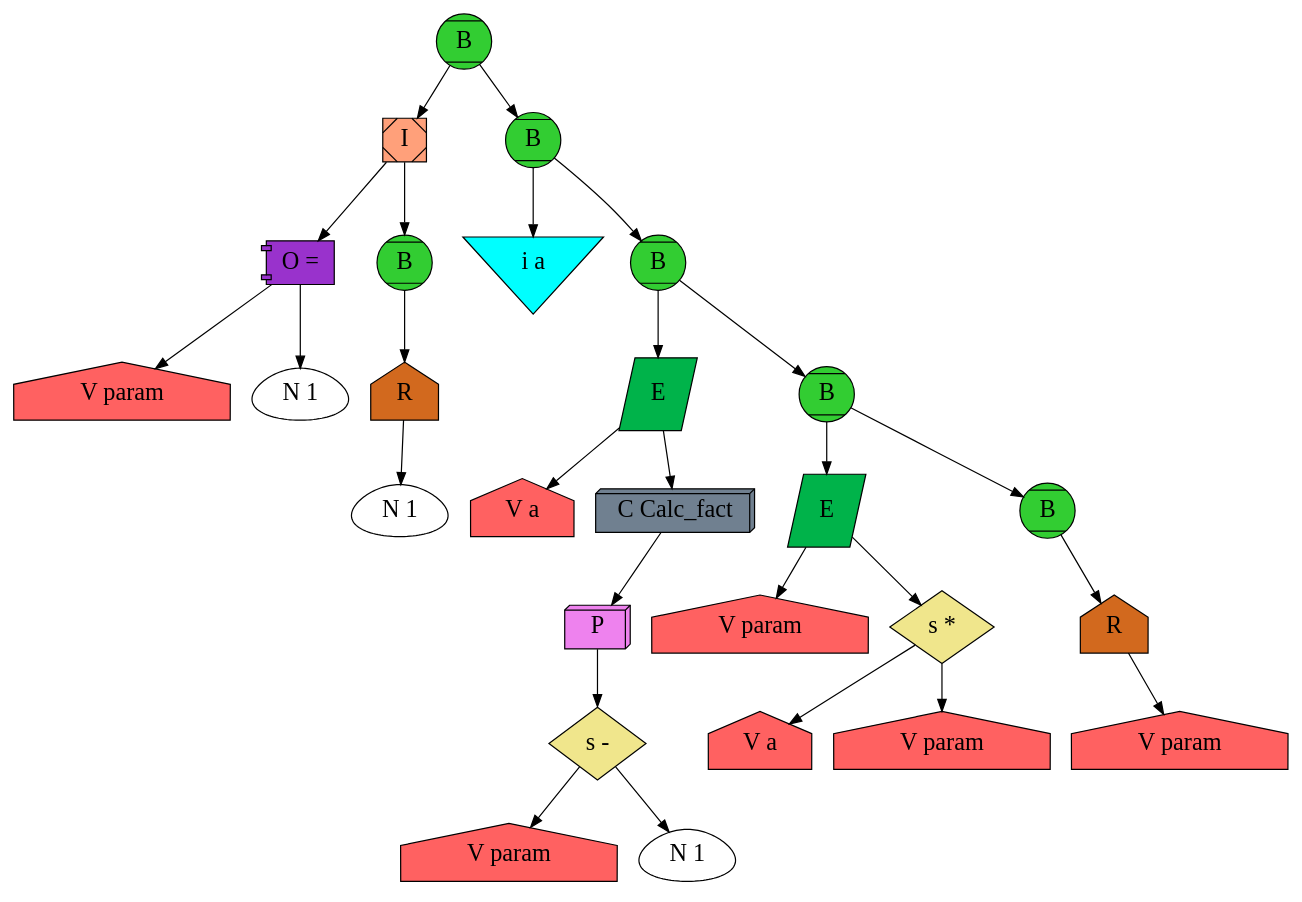
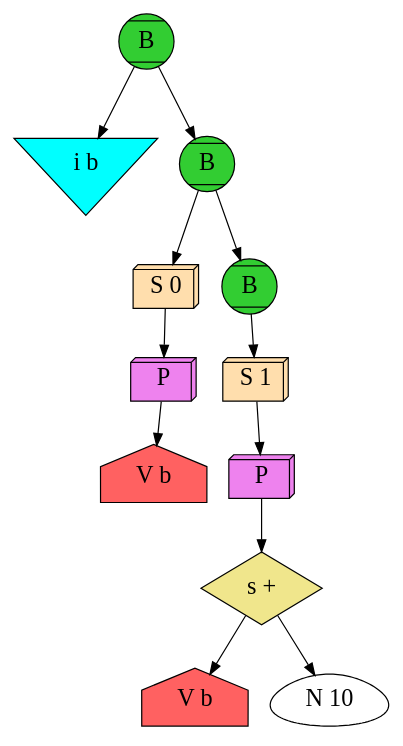
Before and after one commit to Arv1k/2_sem: the diagram in binary_trans/backend/dott.dot, drawn with Graphviz. The commit also changed 30 other files, not shown here.

```diff
--- a/binary_trans/backend/dott.dot
+++ b/binary_trans/backend/dott.dot
@@ -1,57 +1,27 @@
 digraph {
 	node[color = "#000000", fontsize = 20];
 	edge[color = "#000000", fontsize = 20];
-		hey15[label = "B", shape = "Mcircle", color="#000000", style="filled", fillcolor = "#32CD32"];
-		hey15->hey16;
-		hey16[label = "I", shape = "Msquare", color="#000000", style="filled", fillcolor = "#FFA07A"];
-		hey16->hey17;
-		hey17[label = "O =", shape = "component", color="#000000", style="filled", fillcolor = "#9932CC"];
-		hey17->hey18;
-		hey18[label = "V param", shape = "house", color="#000000", style="filled", fillcolor = "#ff6161"];
-		hey17->hey19;
-		hey19[label = "N 1", shape = "egg", color="#000000", style="filled", fillcolor = "#FFFFFF"];
-		hey16->hey20;
-		hey20[label = "B", shape = "Mcircle", color="#000000", style="filled", fillcolor = "#32CD32"];
-		hey20->hey21;
-		hey21[label = "R", shape = "house", color="#000000", style="filled", fillcolor = "#D2691E"];
-		hey21->hey22;
-		hey22[label = "N 1", shape = "egg", color="#000000", style="filled", fillcolor = "#FFFFFF"];
-		hey15->hey23;
-		hey23[label = "B", shape = "Mcircle", color="#000000", style="filled", fillcolor = "#32CD32"];
-		hey23->hey24;
-		hey24[label = "i a", shape = "invtriangle", color="#000000", style="filled", fillcolor = "#00FFFF"];
-		hey23->hey25;
-		hey25[label = "B", shape = "Mcircle", color="#000000", style="filled", fillcolor = "#32CD32"];
-		hey25->hey26;
-		hey26[label = "E", shape = "parallelogram", color="#000000", style="filled", fillcolor = "#00b34a"];
-		hey26->hey27;
-		hey27[label = "V a", shape = "house", color="#000000", style="filled", fillcolor = "#ff6161"];
-		hey26->hey28;
-		hey28[label = "C Calc_fact", shape = "box3d", color="#000000", style="filled", fillcolor = "#708090"];
-		hey28->hey29;
-		hey29[label = "P", shape = "box3d", color="#000000", style="filled", fillcolor = "#EE82EE"];
-		hey29->hey30;
-		hey30[label = "s -", shape = "diamond", color="#000000", style="filled", fillcolor = "#F0E68C"];
-		hey30->hey31;
-		hey31[label = "V param", shape = "house", color="#000000", style="filled", fillcolor = "#ff6161"];
-		hey30->hey32;
-		hey32[label = "N 1", shape = "egg", color="#000000", style="filled", fillcolor = "#FFFFFF"];
-		hey25->hey33;
-		hey33[label = "B", shape = "Mcircle", color="#000000", style="filled", fillcolor = "#32CD32"];
-		hey33->hey34;
-		hey34[label = "E", shape = "parallelogram", color="#000000", style="filled", fillcolor = "#00b34a"];
-		hey34->hey35;
-		hey35[label = "V param", shape = "house", color="#000000", style="filled", fillcolor = "#ff6161"];
-		hey34->hey36;
-		hey36[label = "s *", shape = "diamond", color="#000000", style="filled", fillcolor = "#F0E68C"];
-		hey36->hey37;
-		hey37[label = "V a", shape = "house", color="#000000", style="filled", fillcolor = "#ff6161"];
-		hey36->hey38;
-		hey38[label = "V param", shape = "house", color="#000000", style="filled", fillcolor = "#ff6161"];
-		hey33->hey39;
-		hey39[label = "B", shape = "Mcircle", color="#000000", style="filled", fillcolor = "#32CD32"];
-		hey39->hey40;
-		hey40[label = "R", shape = "house", color="#000000", style="filled", fillcolor = "#D2691E"];
-		hey40->hey41;
-		hey41[label = "V param", shape = "house", color="#000000", style="filled", fillcolor = "#ff6161"];
+		hey0[label = "B", shape = "Mcircle", color="#000000", style="filled", fillcolor = "#32CD32"];
+		hey0->hey1;
+		hey1[label = "i b", shape = "invtriangle", color="#000000", style="filled", fillcolor = "#00FFFF"];
+		hey0->hey2;
+		hey2[label = "B", shape = "Mcircle", color="#000000", style="filled", fillcolor = "#32CD32"];
+		hey2->hey3;
+		hey3[label = "S 0", shape = "box3d", color="#000000", style="filled", fillcolor = "#FFDEAD"];
+		hey3->hey4;
+		hey4[label = "P", shape = "box3d", color="#000000", style="filled", fillcolor = "#EE82EE"];
+		hey4->hey5;
+		hey5[label = "V b", shape = "house", color="#000000", style="filled", fillcolor = "#ff6161"];
+		hey2->hey6;
+		hey6[label = "B", shape = "Mcircle", color="#000000", style="filled", fillcolor = "#32CD32"];
+		hey6->hey7;
+		hey7[label = "S 1", shape = "box3d", color="#000000", style="filled", fillcolor = "#FFDEAD"];
+		hey7->hey8;
+		hey8[label = "P", shape = "box3d", color="#000000", style="filled", fillcolor = "#EE82EE"];
+		hey8->hey9;
+		hey9[label = "s +", shape = "diamond", color="#000000", style="filled", fillcolor = "#F0E68C"];
+		hey9->hey10;
+		hey10[label = "V b", shape = "house", color="#000000", style="filled", fillcolor = "#ff6161"];
+		hey9->hey11;
+		hey11[label = "N 10", shape = "egg", color="#000000", style="filled", fillcolor = "#FFFFFF"];
 }
```
